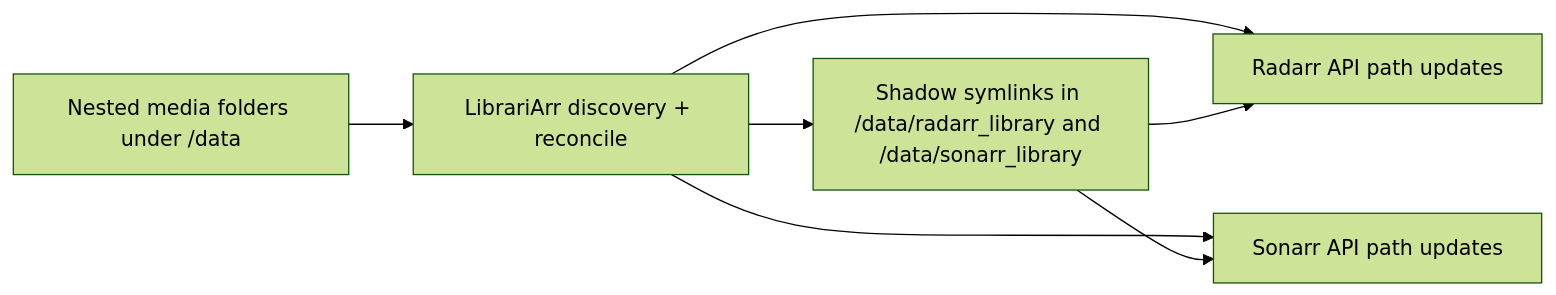
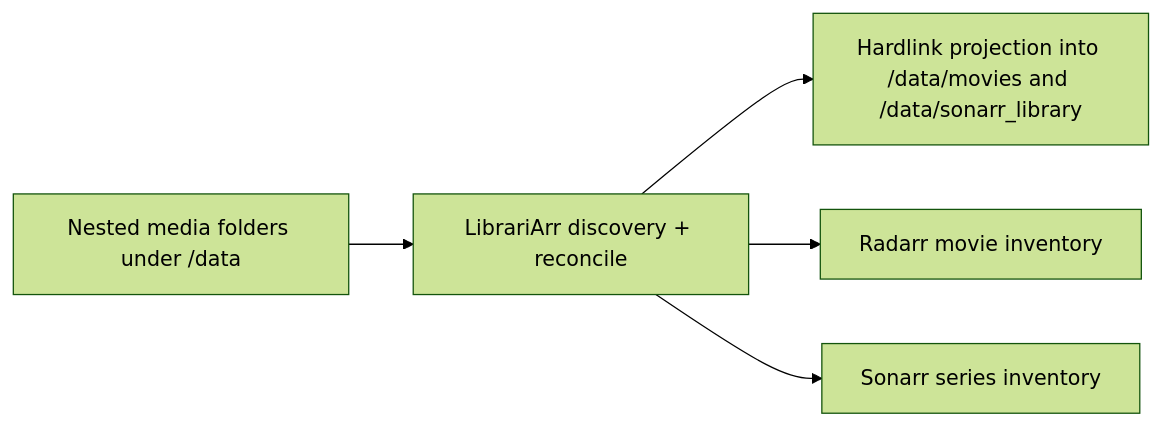
Before and after one commit to vtietz/librariarr: the diagram in README.md, drawn with Mermaid (forest theme). The commit also changed other lines of this file and 29 other files, not shown here.

Commit message:
feat: migrate Sonarr to projection-first flow and remove legacy link/ingest runtime code

````diff
--- a/README.md
+++ b/README.md
@@ -34,9 +32,7 @@
 ```mermaid
 flowchart LR
   A[Nested media folders under /data] --> B[LibrariArr discovery + reconcile]
-  B --> C[Shadow symlinks in /data/radarr_library and /data/sonarr_library]
-  B --> D[Radarr API path updates]
-  B --> E[Sonarr API path updates]
-  C --> D
-  C --> E
+  B --> C[Hardlink projection into /data/movies and /data/sonarr_library]
+  B --> D[Radarr movie inventory]
+  B --> E[Sonarr series inventory]
 ```
````
